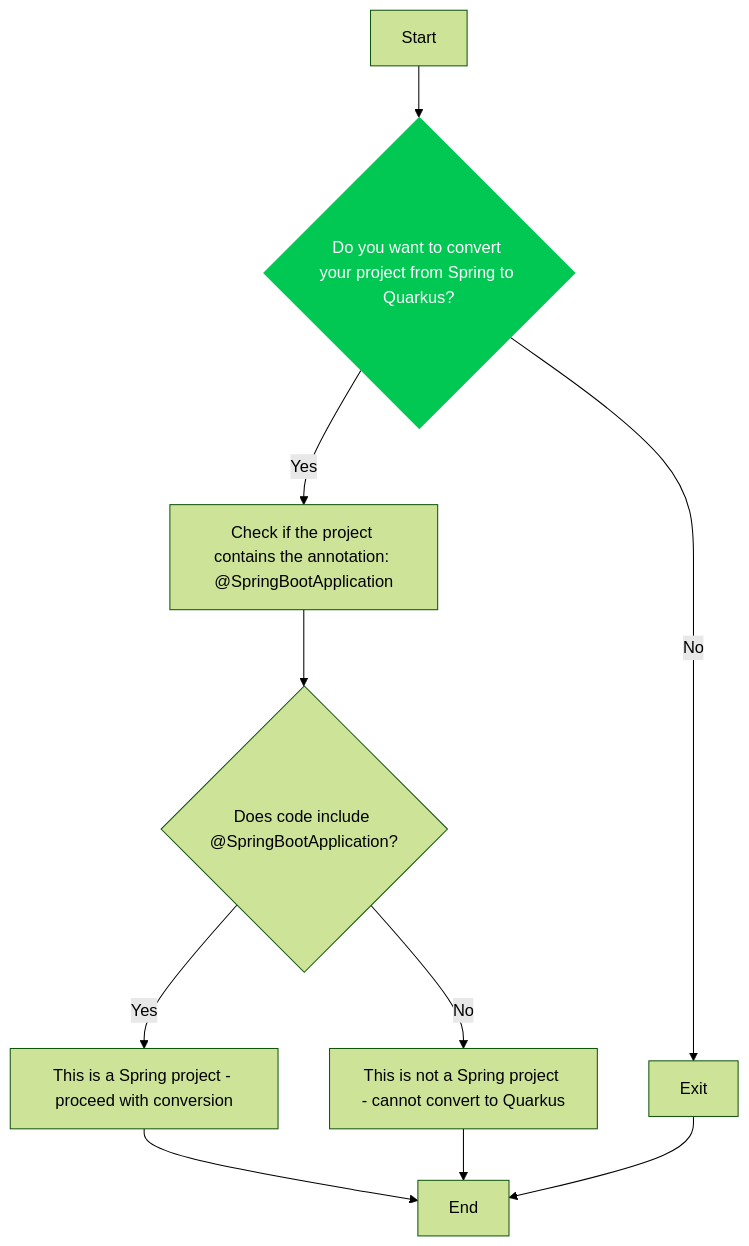
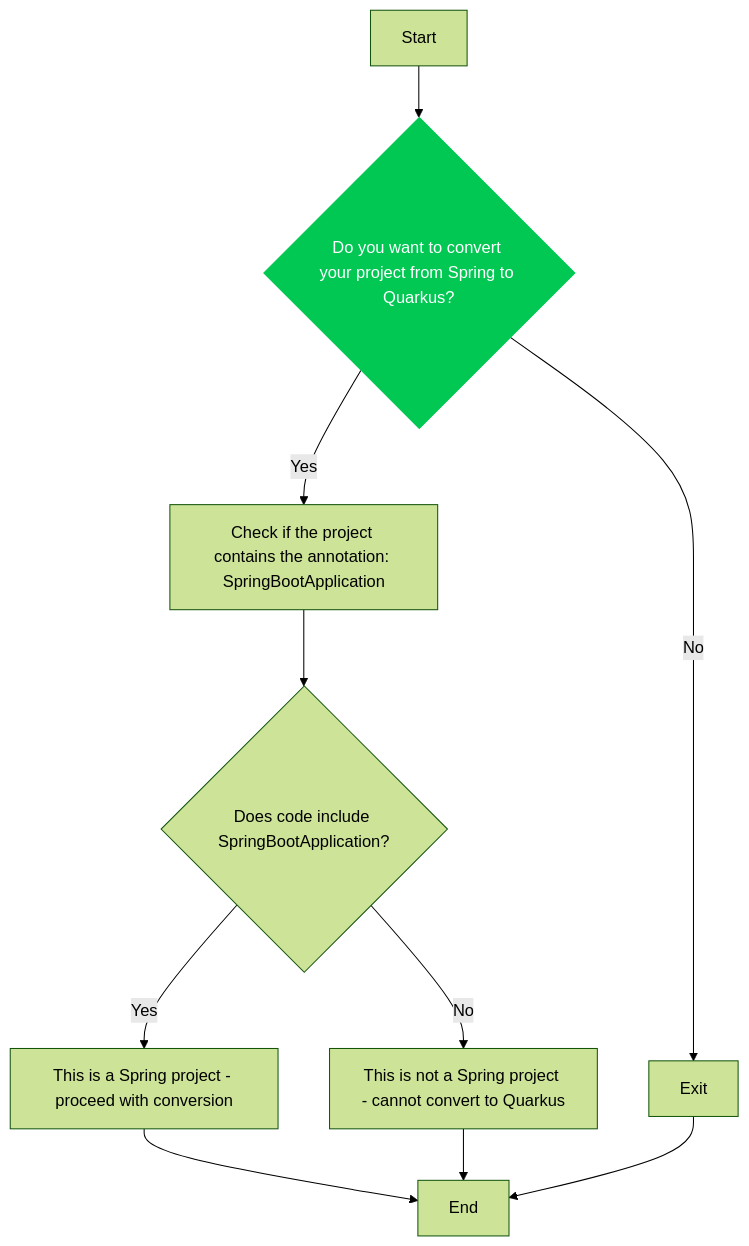
One commit to snowdrop/springboot-to-quarkus-migration changed the diagram in diagrams/spring-to-quarkus.mmd. Above: the diagram before and after it, drawn with Mermaid (forest theme). The commit also changed 11 other files, not shown here.

Commit message:
Externalize the path of the application to search. Use as default app: spring todo.

```diff
--- a/diagrams/spring-to-quarkus.mmd
+++ b/diagrams/spring-to-quarkus.mmd
@@ -1,12 +1,12 @@
 flowchart TD
       A[Start] --> B{Do you want to convert your project from Spring to Quarkus?}
       B -->|No| C[Exit]
-      B -->|Yes| D[Check if the project contains the annotation: @SpringBootApplication]
-      D --> E{Does code include @SpringBootApplication?}
+      B -->|Yes| D[Check if the project contains the annotation: SpringBootApplication]
+      D --> E{Does code include SpringBootApplication?}
       E -->|Yes| F[This is a Spring project - proceed with conversion]
       E -->|No| G[This is not a Spring project - cannot convert to Quarkus]
       F --> H[End]
       G --> H[End]
       C --> H[End]
     
     style B stroke:#00C853,fill:#00C853,color:#FFFFFF
```
